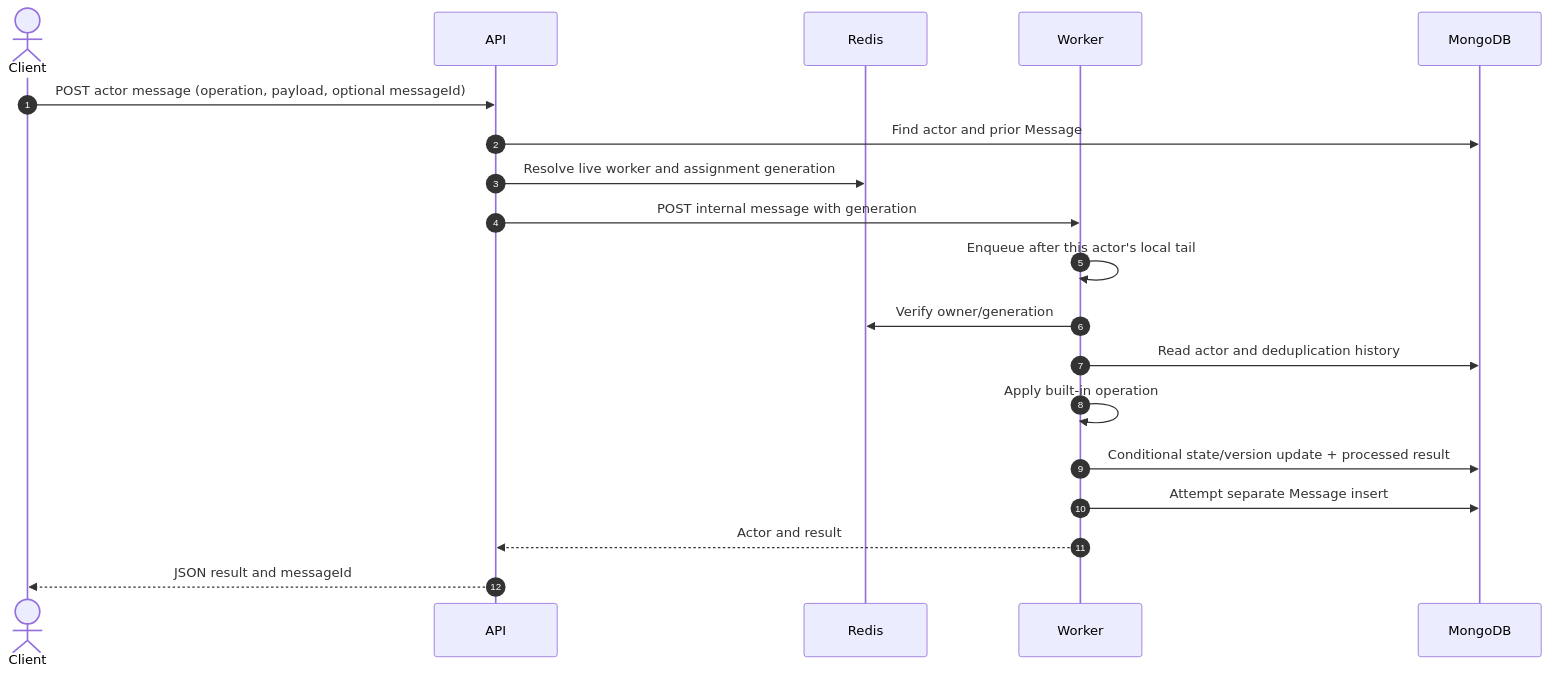
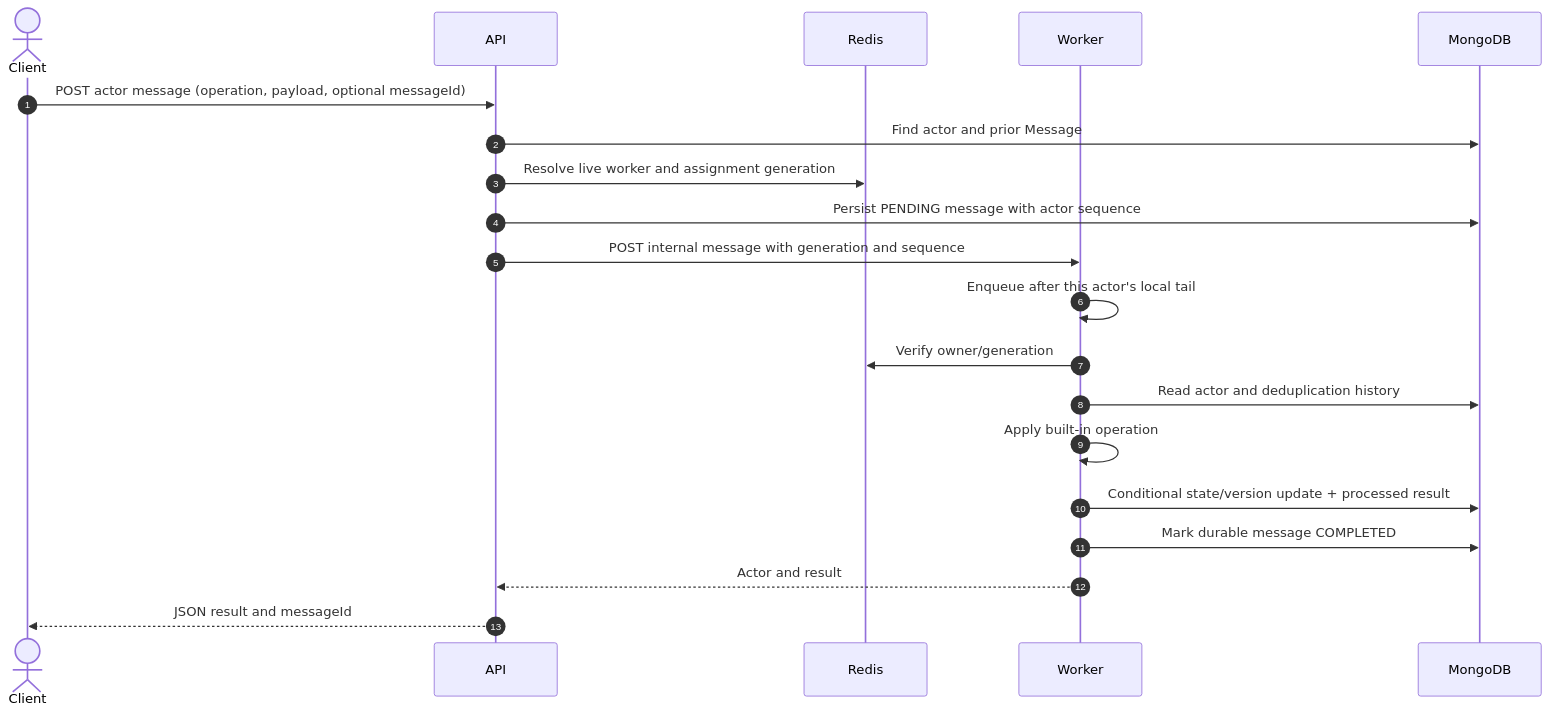
The diagram in docs/MESSAGE_PROCESSING.md (THE-ZAID01/actor-model-runtime), drawn with Mermaid before and after one commit. The commit also changed other lines of this file and 34 other files, not shown here.

````diff
--- a/docs/MESSAGE_PROCESSING.md
+++ b/docs/MESSAGE_PROCESSING.md
@@ -34,21 +38,22 @@
 ```mermaid
 sequenceDiagram
   autonumber
   actor Client
   participant API
   participant Redis
   participant Worker
   participant MongoDB
   Client->>API: POST actor message (operation, payload, optional messageId)
   API->>MongoDB: Find actor and prior Message
   API->>Redis: Resolve live worker and assignment generation
-  API->>Worker: POST internal message with generation
+  API->>MongoDB: Persist PENDING message with actor sequence
+  API->>Worker: POST internal message with generation and sequence
   Worker->>Worker: Enqueue after this actor's local tail
   Worker->>Redis: Verify owner/generation
   Worker->>MongoDB: Read actor and deduplication history
   Worker->>Worker: Apply built-in operation
   Worker->>MongoDB: Conditional state/version update + processed result
-  Worker->>MongoDB: Attempt separate Message insert
+  Worker->>MongoDB: Mark durable message COMPLETED
   Worker-->>API: Actor and result
   API-->>Client: JSON result and messageId
 ```
````
